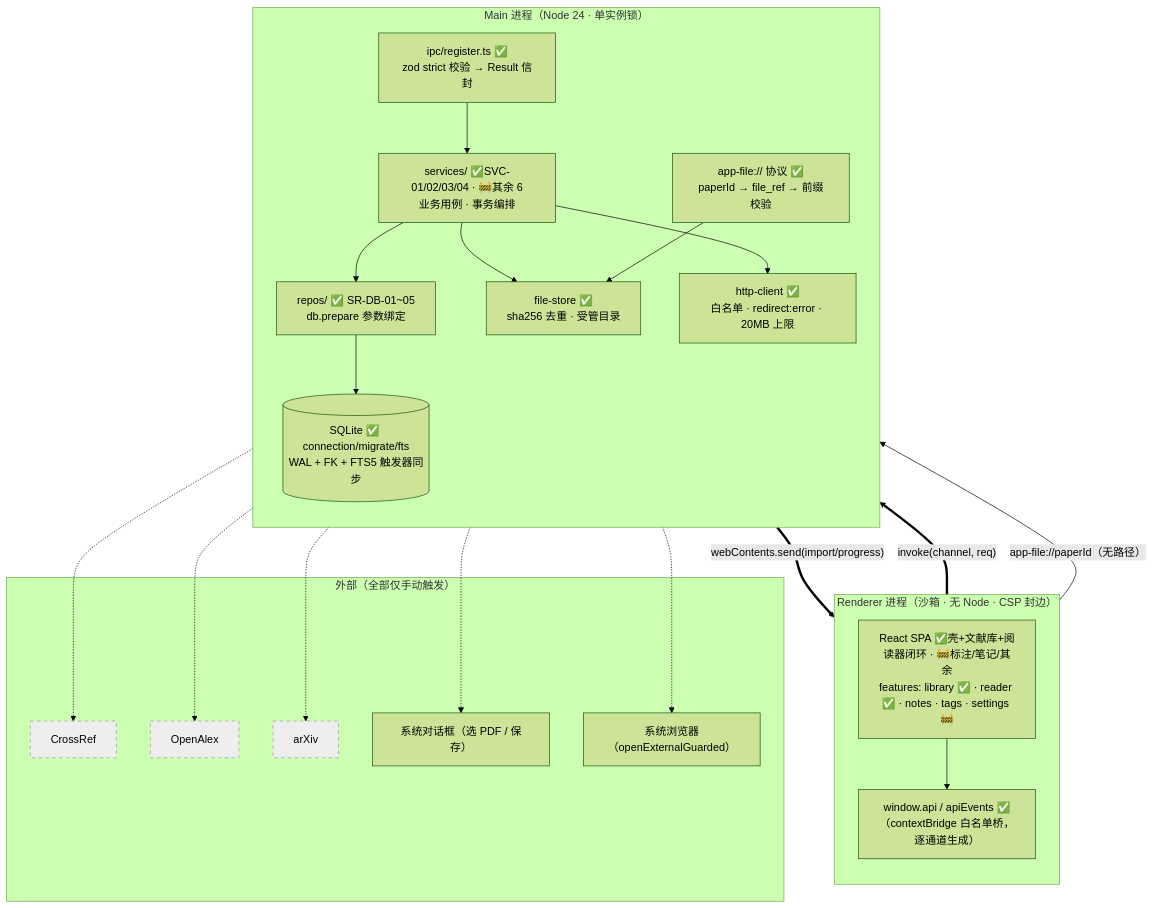
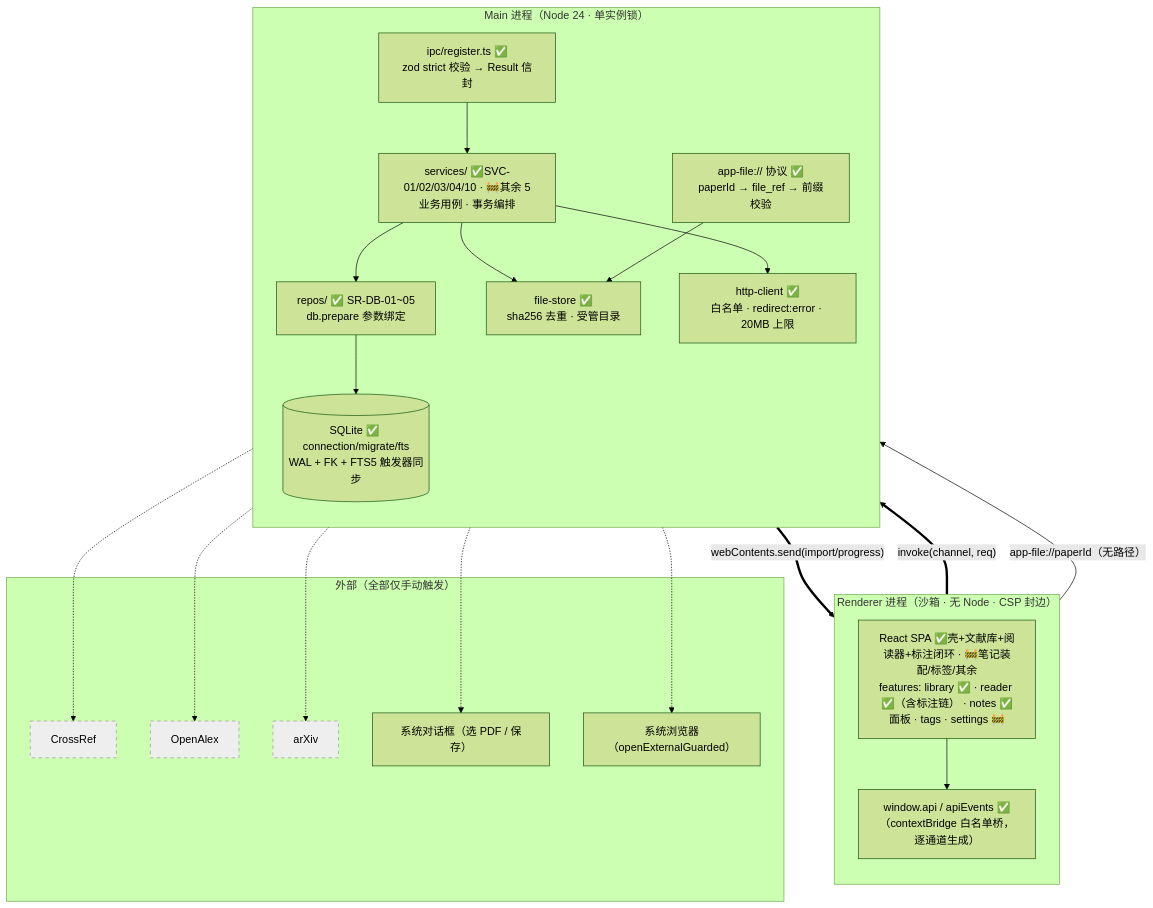
Before and after one commit to yyx20040712/Synapse: the first of 8 diagrams in docs/architecture.md, drawn with Mermaid (forest theme). The commit also changed other lines of this file and 1 other file, not shown here.

Commit message:
docs: Phase 4 收官——ROADMAP 勾选与基线快照（done 49 / e2e 6 绿）+ architecture 图纸状态更新

````diff
--- a/docs/architecture.md
+++ b/docs/architecture.md
@@ -72,37 +72,37 @@
 ```mermaid
 flowchart TB
   subgraph R["Renderer 进程（沙箱 · 无 Node · CSP 封边）"]
     direction TB
-    UI["React SPA ✅壳+文献库+阅读器闭环 · 🚧标注/笔记/其余<br/>features: library ✅ · reader ✅ · notes · tags · settings 🚧"]
+    UI["React SPA ✅壳+文献库+阅读器+标注闭环 · 🚧笔记装配/标签/其余<br/>features: library ✅ · reader ✅（含标注链） · notes ✅面板 · tags · settings 🚧"]
     WA["window.api / apiEvents ✅<br/>（contextBridge 白名单桥，逐通道生成）"]
     UI --> WA
   end
 
   subgraph M["Main 进程（Node 24 · 单实例锁）"]
     direction TB
     REG["ipc/register.ts ✅<br/>zod strict 校验 → Result 信封"]
-    SVC["services/ ✅SVC-01/02/03/04 · 🚧其余 6<br/>业务用例 · 事务编排"]
+    SVC["services/ ✅SVC-01/02/03/04/10 · 🚧其余 5<br/>业务用例 · 事务编排"]
     REPO["repos/ ✅ SR-DB-01~05<br/>db.prepare 参数绑定"]
     DB[("SQLite ✅ connection/migrate/fts<br/>WAL + FK + FTS5 触发器同步")]
     PROTO["app-file:// 协议 ✅<br/>paperId → file_ref → 前缀校验"]
     FSTORE["file-store ✅<br/>sha256 去重 · 受管目录"]
     HTTP["http-client ✅<br/>白名单 · redirect:error · 20MB 上限"]
   end
 
   subgraph E["外部（全部仅手动触发）"]
     CR["CrossRef"]:::ext
     OA["OpenAlex"]:::ext
     AX["arXiv"]:::ext
     DLG["系统对话框（选 PDF / 保存）"]
     BRW["系统浏览器（openExternalGuarded）"]
   end
 
   WA == "invoke(channel, req)" ==> REG
   REG --> SVC --> REPO --> DB
   SVC --> FSTORE
   SVC --> HTTP -.-> CR & OA & AX
   SVC == "webContents.send(import/progress)" ==> WA
   UI -- "app-file://paperId（无路径）" --> PROTO --> FSTORE
   M -.-> DLG & BRW
   classDef ext fill:#eee,stroke:#999,stroke-dasharray: 5 5
 ```
````
